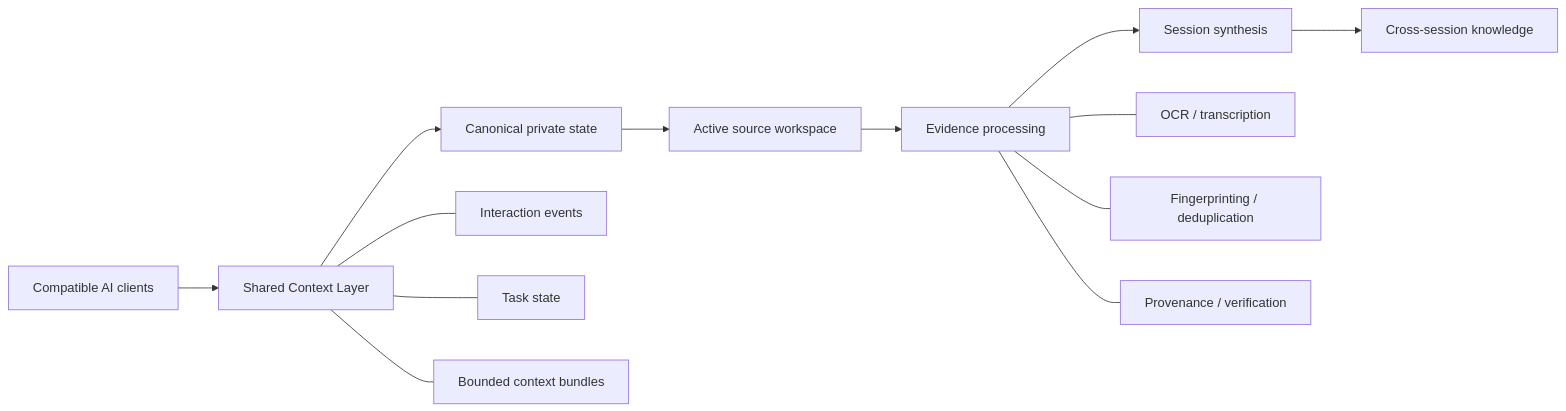
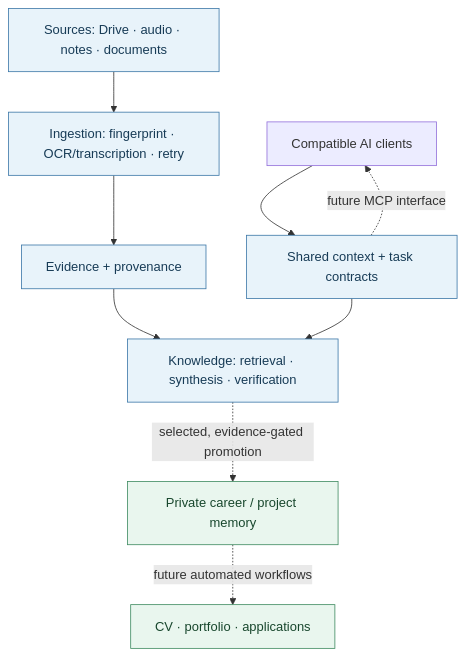
One commit to SoroushHaghi/career-os changed the first of 2 diagrams in README.md. Above: the diagram before and after it, drawn with Mermaid. The commit also changed other lines of this file, not shown here.

Commit message:
docs: position Career OS for postgraduate academic-to-career workflows with concise visual README

````diff
--- a/README.md
+++ b/README.md
@@ -19,17 +19,16 @@
 ```mermaid
-flowchart LR
-    A["Compatible AI clients"] --> B["Shared Context Layer"]
-    B --> C["Canonical private state"]
-    C --> D["Active source workspace"]
-    D --> E["Evidence processing"]
-    E --> F["Session synthesis"]
-    F --> G["Cross-session knowledge"]
+flowchart TB
+    S["Sources: Drive · audio · notes · documents"] --> I["Ingestion: fingerprint · OCR/transcription · retry"]
+    I --> E["Evidence + provenance"]
+    E --> K["Knowledge: retrieval · synthesis · verification"]
+    A["Compatible AI clients"] --> C["Shared context + task contracts"]
+    C --> K
+    K -. "selected, evidence-gated promotion" .-> M["Private career / project memory"]
+    M -. "future automated workflows" .-> O["CV · portfolio · applications"]
+    C -. "future MCP interface" .-> A
 
-    B --- B1["Interaction events"]
-    B --- B2["Task state"]
-    B --- B3["Bounded context bundles"]
-
-    E --- E1["OCR / transcription"]
-    E --- E2["Fingerprinting / deduplication"]
-    E --- E3["Provenance / verification"]
+    classDef current fill:#e8f3fa,stroke:#3d78a8,color:#173b56
+    classDef private fill:#e9f6ee,stroke:#408c62,color:#18472d
+    class S,I,E,K,C current
+    class M,O private
 ```
````
